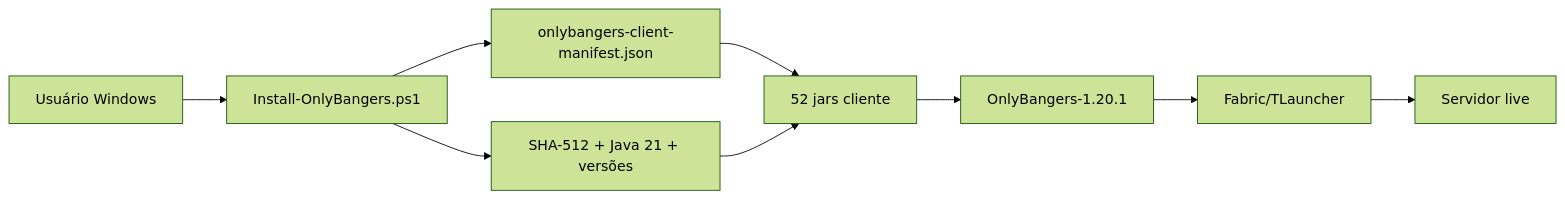
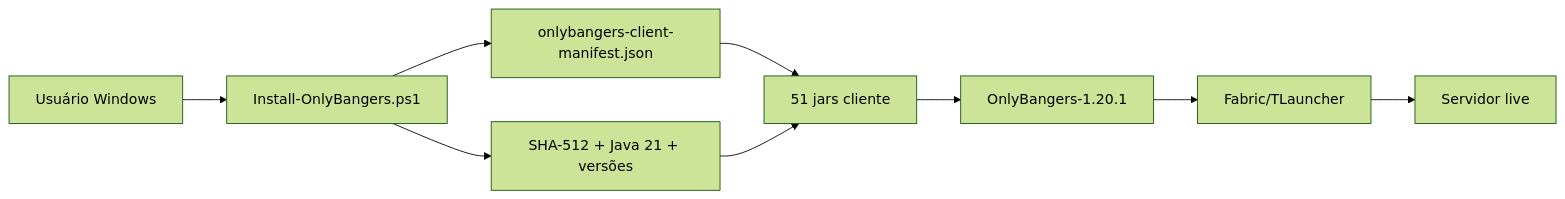
One commit to venysssssssssss/only-bangers-mine-server changed the third of 6 diagrams in docs/architecture.md. Above: the diagram before and after it, drawn with Mermaid (forest theme). The commit also changed other lines of this file and 11 other files, not shown here.

````diff
--- a/docs/architecture.md
+++ b/docs/architecture.md
@@ -73,11 +73,11 @@
 ```mermaid
 flowchart LR
     User[Usuário Windows] --> PS[Install-OnlyBangers.ps1]
     PS --> Manifest[onlybangers-client-manifest.json]
     PS --> Hash[SHA-512 + Java 21 + versões]
-    Manifest --> Copy[52 jars cliente]
+    Manifest --> Copy[51 jars cliente]
     Hash --> Copy
     Copy --> Instance[OnlyBangers-1.20.1]
     Instance --> Client
     Client[Fabric/TLauncher] --> Server[Servidor live]
 ```
````
